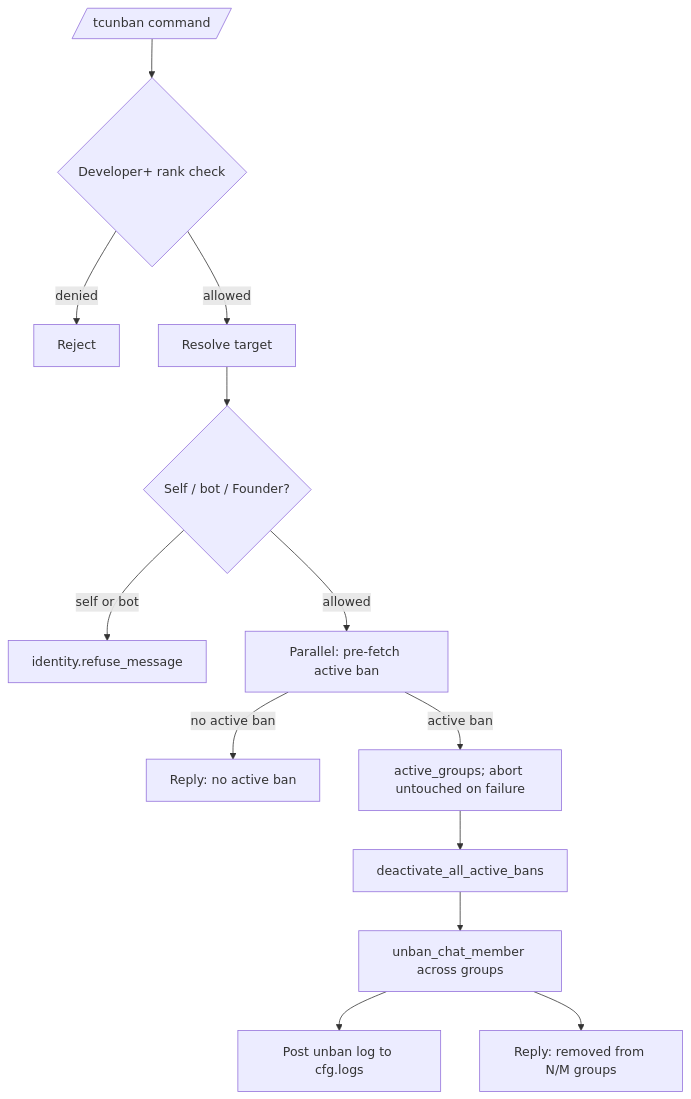
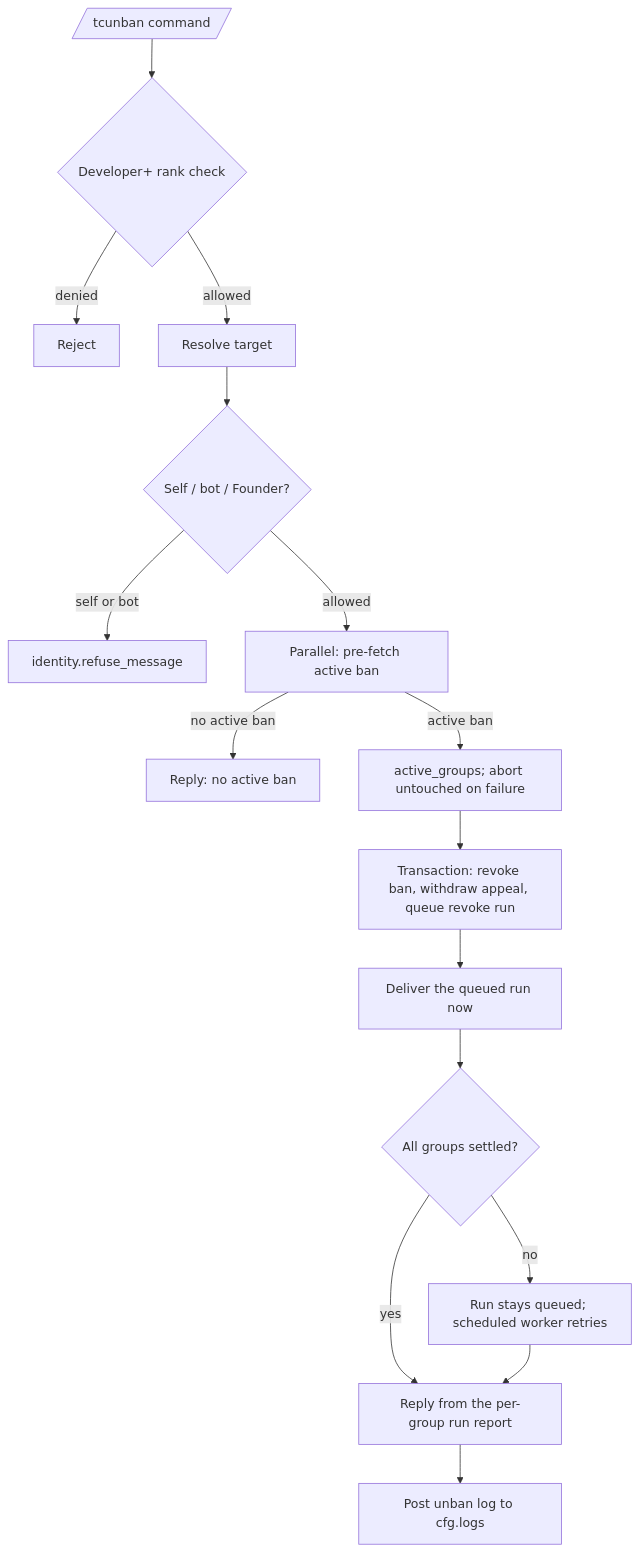
The diagram in docs/features/moderation/unbanning.md (D1ZZY4/tcbot), drawn with Mermaid before and after one commit. The commit also changed other lines of this file and 16 other files, not shown here.

````diff
--- a/docs/features/moderation/unbanning.md
+++ b/docs/features/moderation/unbanning.md
@@ -12,15 +12,18 @@
 ```mermaid
 flowchart TD
     Cmd[/tcunban command/] --> Perm{Developer+ rank check}
     Perm -->|denied| End1[Reject]
     Perm -->|allowed| Target[Resolve target]
     Target --> Ident{Self / bot / Founder?}
     Ident -->|self or bot| Refuse[identity.refuse_message]
     Ident -->|allowed| Parallel[Parallel: pre-fetch active ban]
     Parallel -->|no active ban| NoBan[Reply: no active ban]
     Parallel -->|active ban| Groups[active_groups; abort untouched on failure]
-    Groups --> Deactivate[deactivate_all_active_bans]
-    Deactivate --> Unban[unban_chat_member across groups]
-    Unban --> Log[Post unban log to cfg.logs]
-    Unban --> Reply[Reply: removed from N/M groups]
+    Groups --> Decision[Transaction: revoke ban, withdraw appeal, queue revoke run]
+    Decision --> Deliver[Deliver the queued run now]
+    Deliver --> Retry{All groups settled?}
+    Retry -->|no| Queue[Run stays queued; scheduled worker retries]
+    Retry -->|yes| Reply[Reply from the per-group run report]
+    Queue --> Reply
+    Reply --> Log[Post unban log to cfg.logs]
 ```
````
